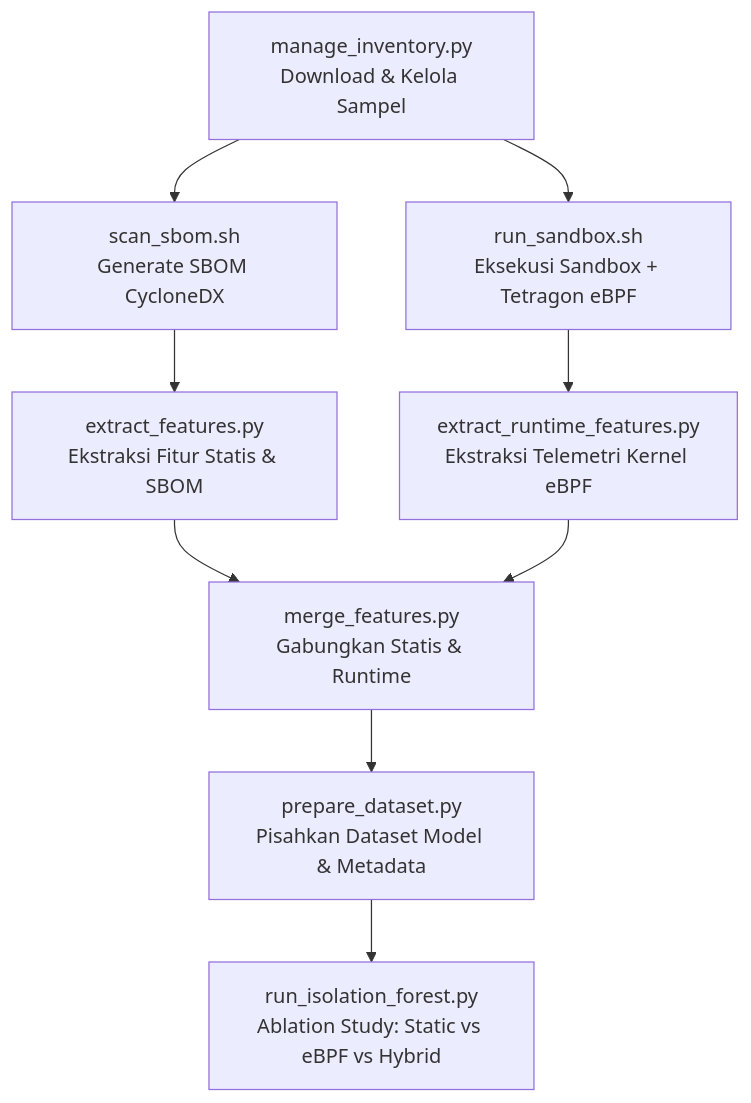
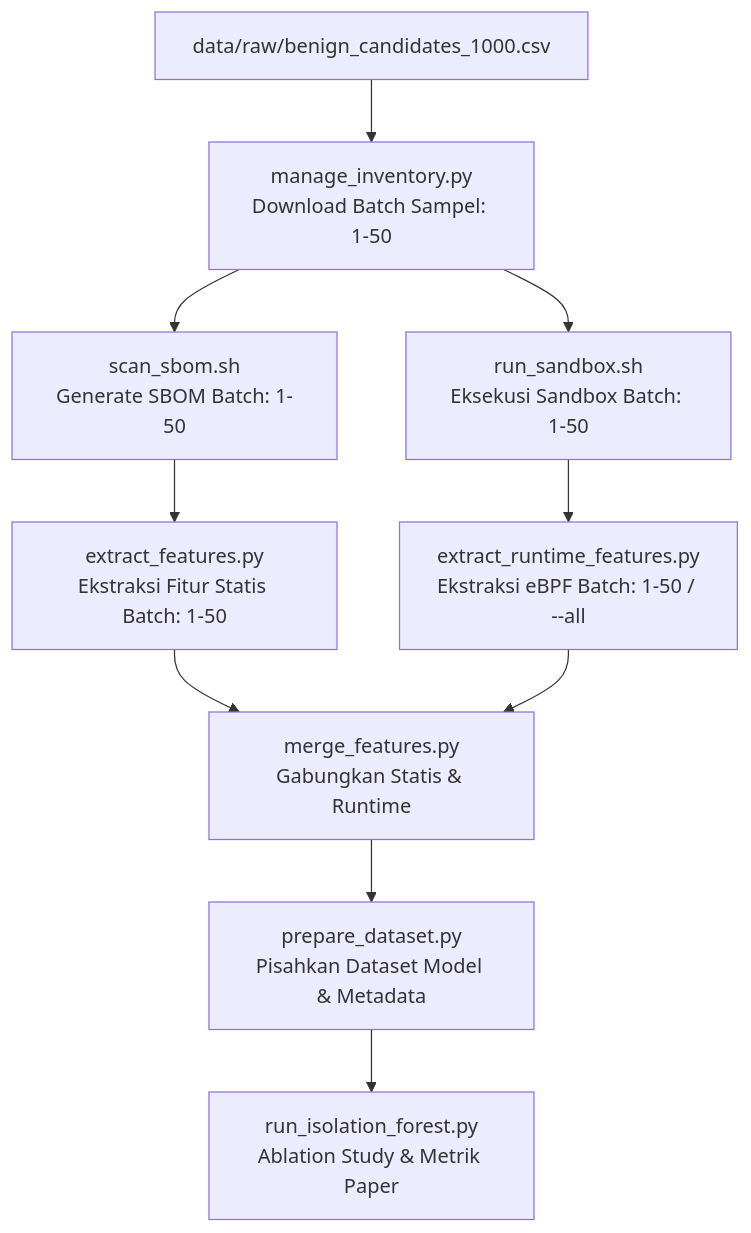
Before and after one commit to EllaUktolseja/Research: the diagram in scripts/README.md, drawn with Mermaid. The commit also changed other lines of this file and 4 other files, not shown here.

````diff
--- a/scripts/README.md
+++ b/scripts/README.md
@@ -9,11 +11,12 @@
 ```mermaid
 flowchart TD
-    A[manage_inventory.py\nDownload & Kelola Sampel] --> B[scan_sbom.sh\nGenerate SBOM CycloneDX]
-    B --> C[extract_features.py\nEkstraksi Fitur Statis & SBOM]
-    A --> D[run_sandbox.sh\nEksekusi Sandbox + Tetragon eBPF]
-    D --> E[extract_runtime_features.py\nEkstraksi Telemetri Kernel eBPF]
-    C --> F[merge_features.py\nGabungkan Statis & Runtime]
-    E --> F
-    F --> G[prepare_dataset.py\nPisahkan Dataset Model & Metadata]
-    G --> H[run_isolation_forest.py\nAblation Study: Static vs eBPF vs Hybrid]
+    A[data/raw/benign_candidates_1000.csv] --> B[manage_inventory.py\nDownload Batch Sampel: 1-50]
+    B --> C[scan_sbom.sh\nGenerate SBOM Batch: 1-50]
+    B --> D[run_sandbox.sh\nEksekusi Sandbox Batch: 1-50]
+    C --> E[extract_features.py\nEkstraksi Fitur Statis Batch: 1-50]
+    D --> F[extract_runtime_features.py\nEkstraksi eBPF Batch: 1-50 / --all]
+    E --> G[merge_features.py\nGabungkan Statis & Runtime]
+    F --> G
+    G --> H[prepare_dataset.py\nPisahkan Dataset Model & Metadata]
+    H --> I[run_isolation_forest.py\nAblation Study & Metrik Paper]
 ```
````
